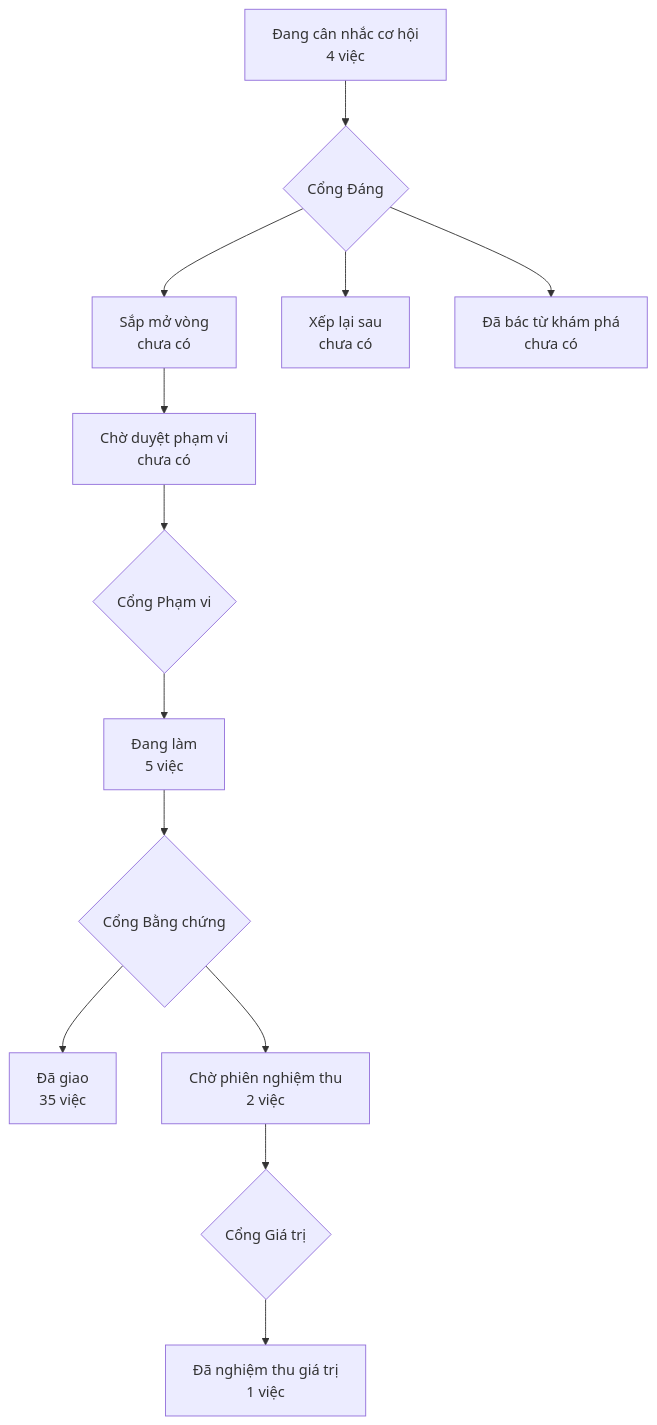
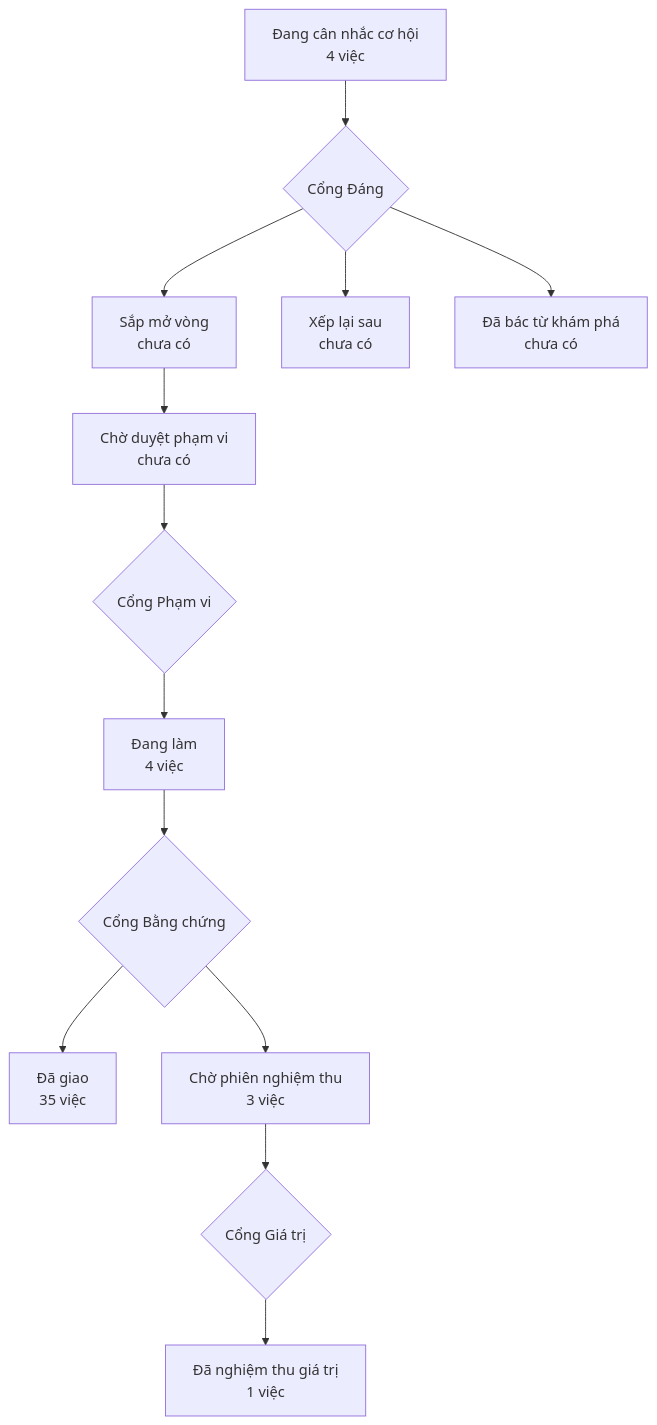
Before and after one commit to phanlemanh/crm-onehub: the diagram in PRODUCT-MAP.md, drawn with Mermaid. The commit also changed 3 other files, not shown here.

````diff
--- a/PRODUCT-MAP.md
+++ b/PRODUCT-MAP.md
@@ -6,12 +6,12 @@
 ```mermaid
 flowchart TD
   A["Đang cân nhắc cơ hội<br/>4 việc"] --> GD{"Cổng Đáng"}
   GD --> B["Sắp mở vòng<br/>chưa có"]
   GD --> XL["Xếp lại sau<br/>chưa có"]
   GD --> DB["Đã bác từ khám phá<br/>chưa có"]
   B --> CD["Chờ duyệt phạm vi<br/>chưa có"] --> GP{"Cổng Phạm vi"}
-  GP --> DL["Đang làm<br/>5 việc"] --> GB{"Cổng Bằng chứng"}
+  GP --> DL["Đang làm<br/>4 việc"] --> GB{"Cổng Bằng chứng"}
   GB --> DG["Đã giao<br/>35 việc"]
-  GB --> CN["Chờ phiên nghiệm thu<br/>2 việc"] --> GG{"Cổng Giá trị"}
+  GB --> CN["Chờ phiên nghiệm thu<br/>3 việc"] --> GG{"Cổng Giá trị"}
   GG --> NT["Đã nghiệm thu giá trị<br/>1 việc"]
 ```
````
